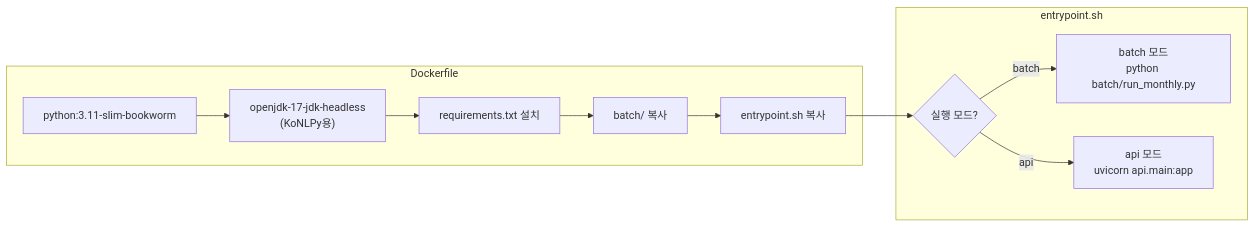
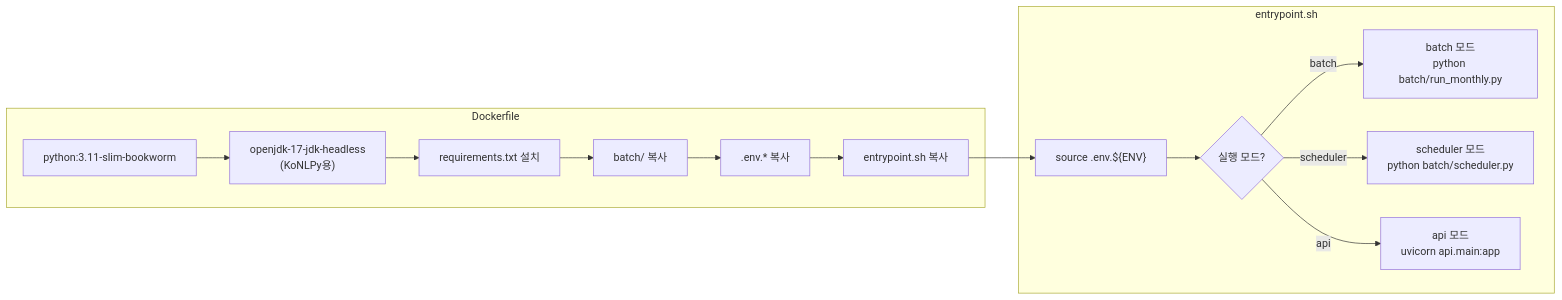
Before and after one commit to dasoldasol/dasoldasol.github.io: the second of 2 diagrams in _posts/2026-01-26-cicd-python.md, drawn with Mermaid. The commit also changed other lines of this file, not shown here.

Commit message:
docs: 개발서버 CI/CD 블로그 글 업데이트 - Dockerfile 폰트 설치, .dockerignore, scheduler.py 동기화

````diff
--- a/_posts/2026-01-26-cicd-python.md
+++ b/_posts/2026-01-26-cicd-python.md
@@ -105,21 +109,25 @@
 ```mermaid
 flowchart LR
     subgraph DOCKERFILE["Dockerfile"]
         D1["python:3.11-slim-bookworm"]
         D2["openjdk-17-jdk-headless<br/>(KoNLPy용)"]
         D3["requirements.txt 설치"]
         D4["batch/ 복사"]
-        D5["entrypoint.sh 복사"]
+        D5[".env.* 복사"]
+        D6["entrypoint.sh 복사"]
     end
 
     subgraph ENTRYPOINT["entrypoint.sh"]
+        E0["source .env.${ENV}"]
         E1{"실행 모드?"}
         E2["batch 모드<br/>python batch/run_monthly.py"]
-        E3["api 모드<br/>uvicorn api.main:app"]
+        E3["scheduler 모드<br/>python batch/scheduler.py"]
+        E4["api 모드<br/>uvicorn api.main:app"]
     end
 
-    D1 --> D2 --> D3 --> D4 --> D5
-    D5 --> E1
+    D1 --> D2 --> D3 --> D4 --> D5 --> D6
+    D6 --> E0 --> E1
     E1 -->|"batch"| E2
-    E1 -->|"api"| E3
+    E1 -->|"scheduler"| E3
+    E1 -->|"api"| E4
 ```
````
